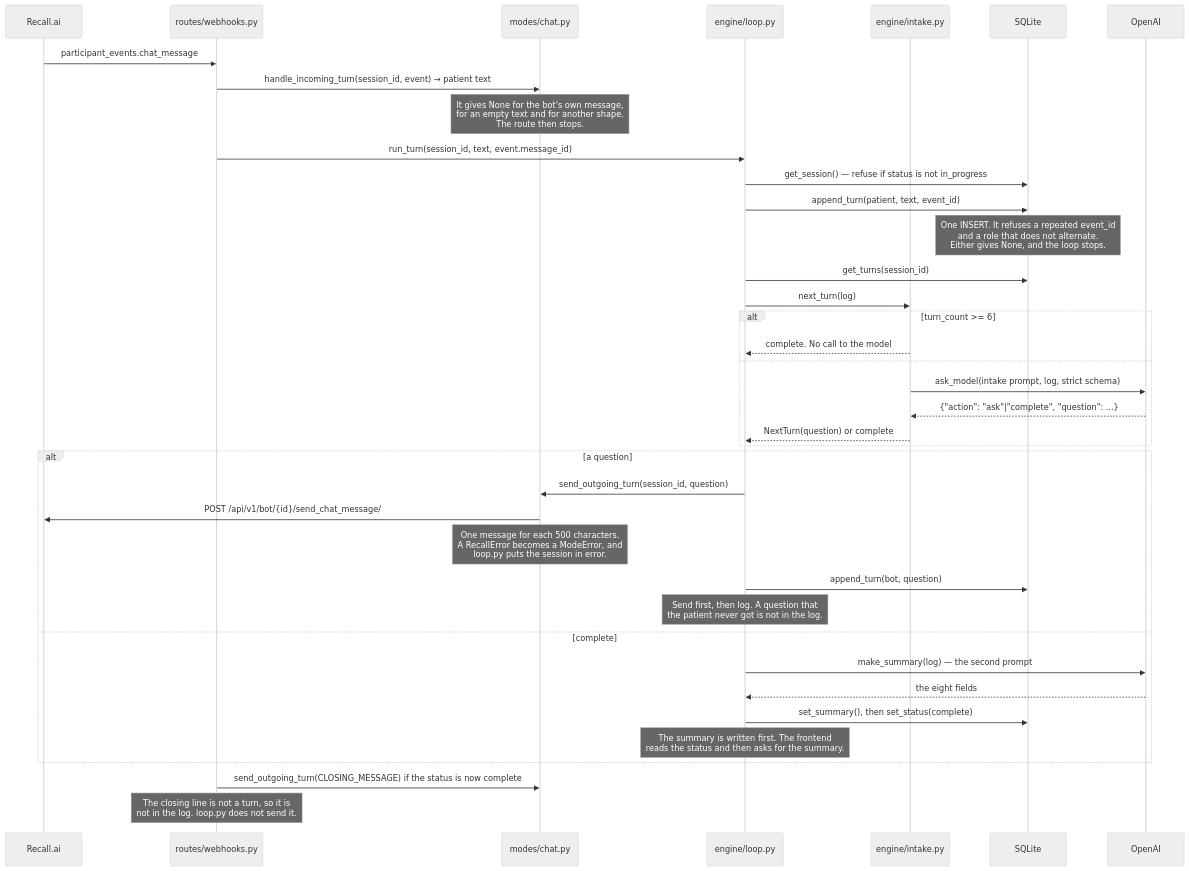
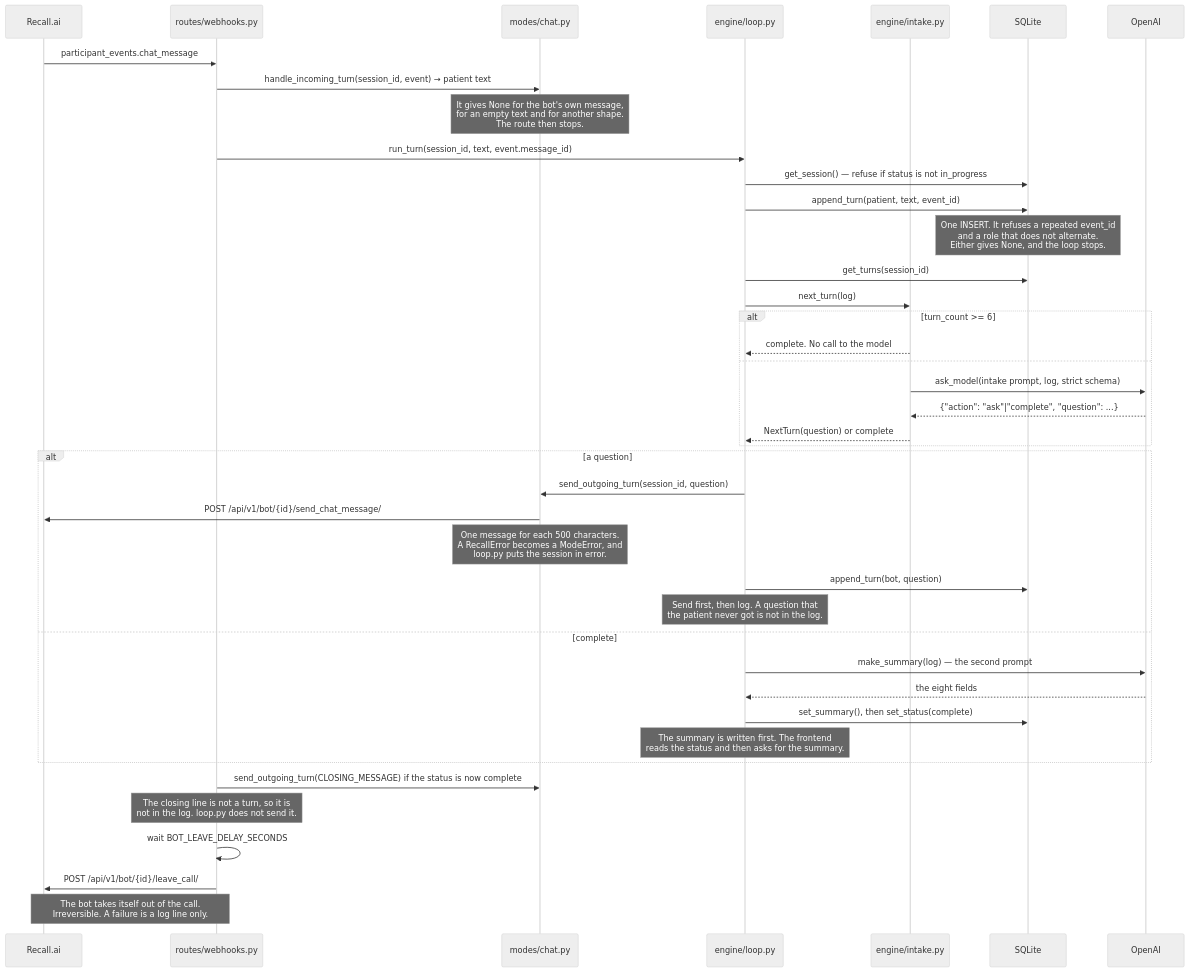
Before and after one commit to samneetsingh/recall-demo: the fourth of 5 diagrams in docs/FLOW.md, drawn with Mermaid (neutral theme). The commit also changed other lines of this file and 10 other files, not shown here.

````diff
--- a/docs/FLOW.md
+++ b/docs/FLOW.md
@@ -190,41 +190,44 @@
 ```mermaid
 sequenceDiagram
     participant R as Recall.ai
     participant W as routes/webhooks.py
     participant MO as modes/chat.py
     participant L as engine/loop.py
     participant I as engine/intake.py
     participant DB as SQLite
     participant O as OpenAI
 
     R->>W: participant_events.chat_message
     W->>MO: handle_incoming_turn(session_id, event) → patient text
     Note over MO: It gives None for the bot's own message,<br/>for an empty text and for another shape.<br/>The route then stops.
     W->>L: run_turn(session_id, text, event.message_id)
     L->>DB: get_session() — refuse if status is not in_progress
     L->>DB: append_turn(patient, text, event_id)
     Note over DB: One INSERT. It refuses a repeated event_id<br/>and a role that does not alternate.<br/>Either gives None, and the loop stops.
     L->>DB: get_turns(session_id)
     L->>I: next_turn(log)
     alt turn_count >= 6
         I-->>L: complete. No call to the model
     else
         I->>O: ask_model(intake prompt, log, strict schema)
         O-->>I: {"action": "ask"|"complete", "question": ...}
         I-->>L: NextTurn(question) or complete
     end
     alt a question
         L->>MO: send_outgoing_turn(session_id, question)
         MO->>R: POST /api/v1/bot/{id}/send_chat_message/
         Note over MO: One message for each 500 characters.<br/>A RecallError becomes a ModeError, and<br/>loop.py puts the session in error.
         L->>DB: append_turn(bot, question)
         Note over L: Send first, then log. A question that<br/>the patient never got is not in the log.
     else complete
         L->>O: make_summary(log) — the second prompt
         O-->>L: the eight fields
         L->>DB: set_summary(), then set_status(complete)
         Note over L: The summary is written first. The frontend<br/>reads the status and then asks for the summary.
     end
     W->>MO: send_outgoing_turn(CLOSING_MESSAGE) if the status is now complete
     Note over W: The closing line is not a turn, so it is<br/>not in the log. loop.py does not send it.
+    W->>W: wait BOT_LEAVE_DELAY_SECONDS
+    W->>R: POST /api/v1/bot/{id}/leave_call/
+    Note over W,R: The bot takes itself out of the call.<br/>Irreversible. A failure is a log line only.
 ```
````
